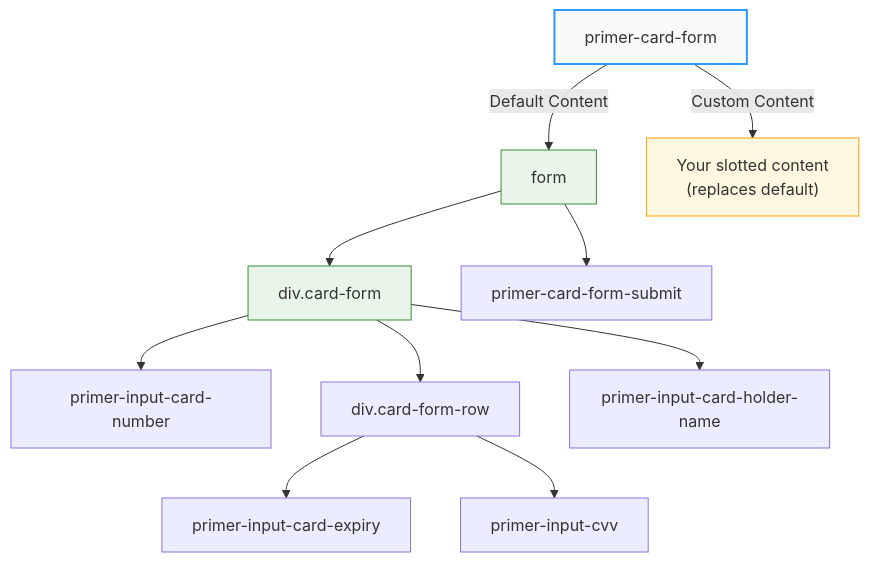
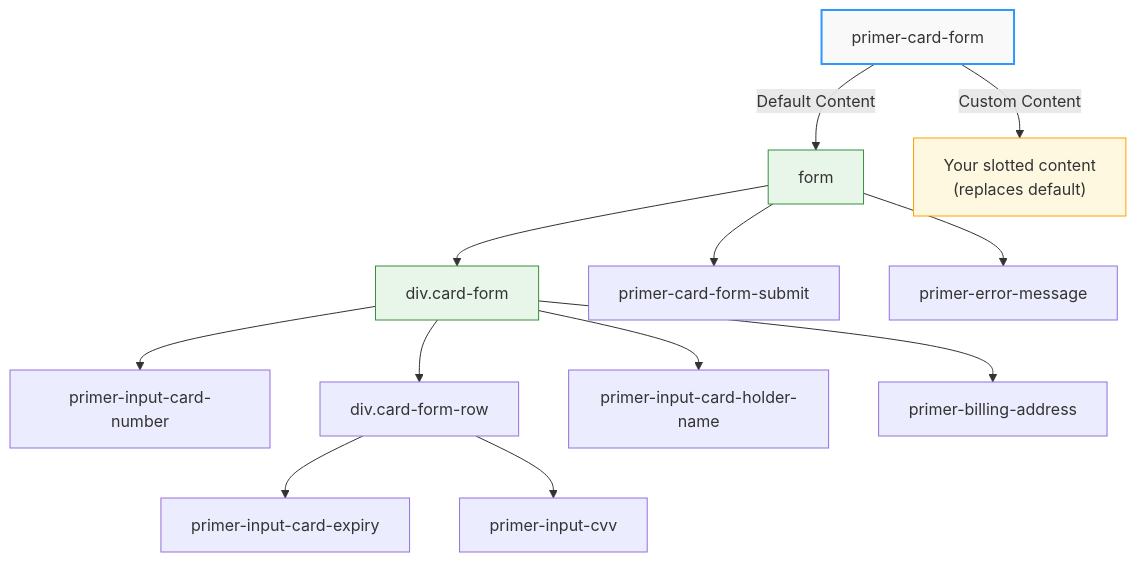
Before and after one commit to primer-io/examples: the third of 5 diagrams in docs/documentation/sdk-reference/Components/CardForm/index.md, drawn with Mermaid. The commit also changed other lines of this file and 8 other files, not shown here.

````diff
--- a/docs/documentation/sdk-reference/Components/CardForm/index.md
+++ b/docs/documentation/sdk-reference/Components/CardForm/index.md
@@ -137,17 +147,19 @@
 ```mermaid
 flowchart TD
     A[primer-card-form] -->|Default Content| B[form]
     A -->|Custom Content| C["Your slotted content<br>(replaces default)"]
     B --> D[div.card-form]
     D --> E[primer-input-card-number]
     D --> F[div.card-form-row]
     F --> G[primer-input-card-expiry]
     F --> H[primer-input-cvv]
     D --> I[primer-input-card-holder-name]
+    D --> K[primer-billing-address]
     B --> J[primer-card-form-submit]
+    B --> L[primer-error-message]
 
     style A fill:#f9f9f9,stroke:#2f98ff,stroke-width:2px
     style B fill:#e8f5e9,stroke:#388e3c,stroke-width:1px
     style C fill:#fff8e1,stroke:#ffa000,stroke-width:1px
     style D fill:#e8f5e9,stroke:#388e3c,stroke-width:1px
 ```
````
